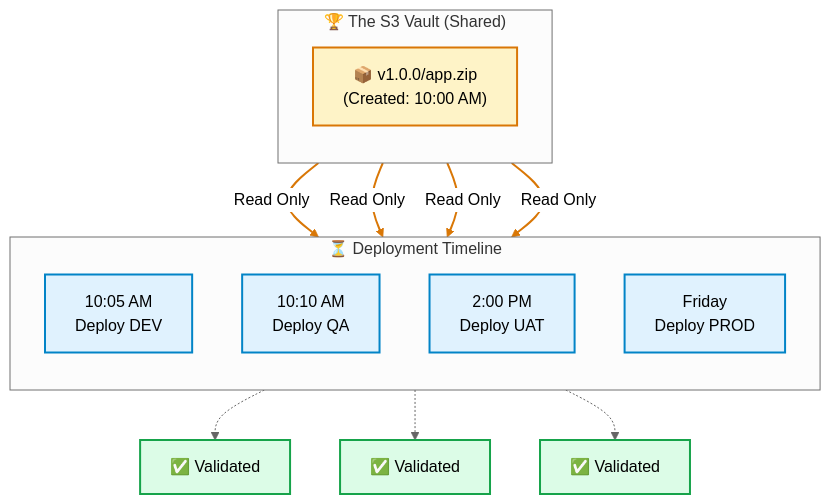
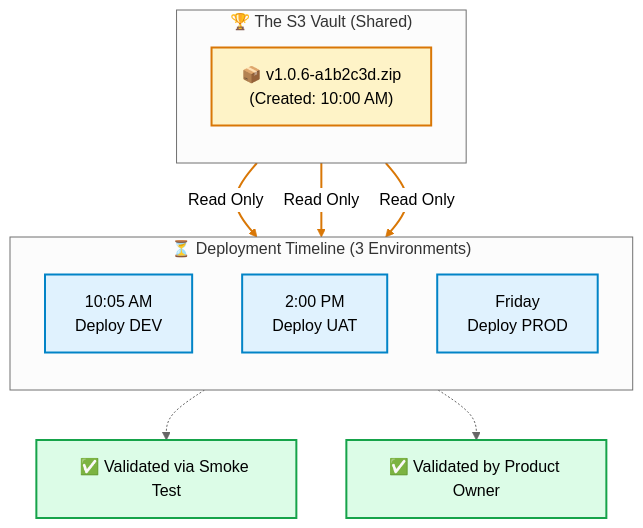
One commit to adrian-cabrera-wizeline/aws-lambda-template changed the first of 3 diagrams in pipeline-workflow.md. Above: the diagram before and after it, drawn with Mermaid (neutral theme). The commit also changed other lines of this file and 1 other file, not shown here.

````diff
--- a/pipeline-workflow.md
+++ b/pipeline-workflow.md
@@ -251,42 +48,37 @@
 ```mermaid
 flowchart TD
     %% DEFINITIONS
     classDef bucket fill:#fef3c7,stroke:#d97706,stroke-width:2px;
     classDef env fill:#e0f2fe,stroke:#0284c7,stroke-width:2px;
     classDef tag fill:#dcfce7,stroke:#16a34a,stroke-width:2px;
 
     %% THE VAULT
     subgraph VAULT ["🏆 The S3 Vault (Shared)"]
         direction TB
-        Zip["📦 v1.0.0/app.zip
+        Zip["📦 v1.0.6-a1b2c3d.zip
         (Created: 10:00 AM)"]:::bucket
     end
 
     %% TIMELINE
-    subgraph TIME ["⏳ Deployment Timeline"]
+    subgraph TIME ["⏳ Deployment Timeline (3 Environments)"]
         direction TB
         
         T1["10:05 AM
         Deploy DEV"]:::env
-        T2["10:10 AM
-        Deploy QA"]:::env
-        T3["2:00 PM
+        T2["2:00 PM
         Deploy UAT"]:::env
-        T4["Friday
+        T3["Friday
         Deploy PROD"]:::env
     end
 
     %% FLOW
     Zip -->|Read Only| T1
     Zip -->|Read Only| T2
     Zip -->|Read Only| T3
-    Zip -->|Read Only| T4
 
     %% ANNOTATIONS
-    T1 -.-> Verify1[✅ Validated]:::tag
-    T2 -.-> Verify2[✅ Validated]:::tag
-    T3 -.-> Verify3[✅ Validated]:::tag
+    T1 -.-> Verify1[✅ Validated via Smoke Test]:::tag
+    T2 -.-> Verify2[✅ Validated by Product Owner]:::tag
     
-    linkStyle 0,1,2,3 stroke:#d97706,stroke-width:2px;
-
+    linkStyle 0,1,2 stroke:#d97706,stroke-width:2px;
 ```
````
